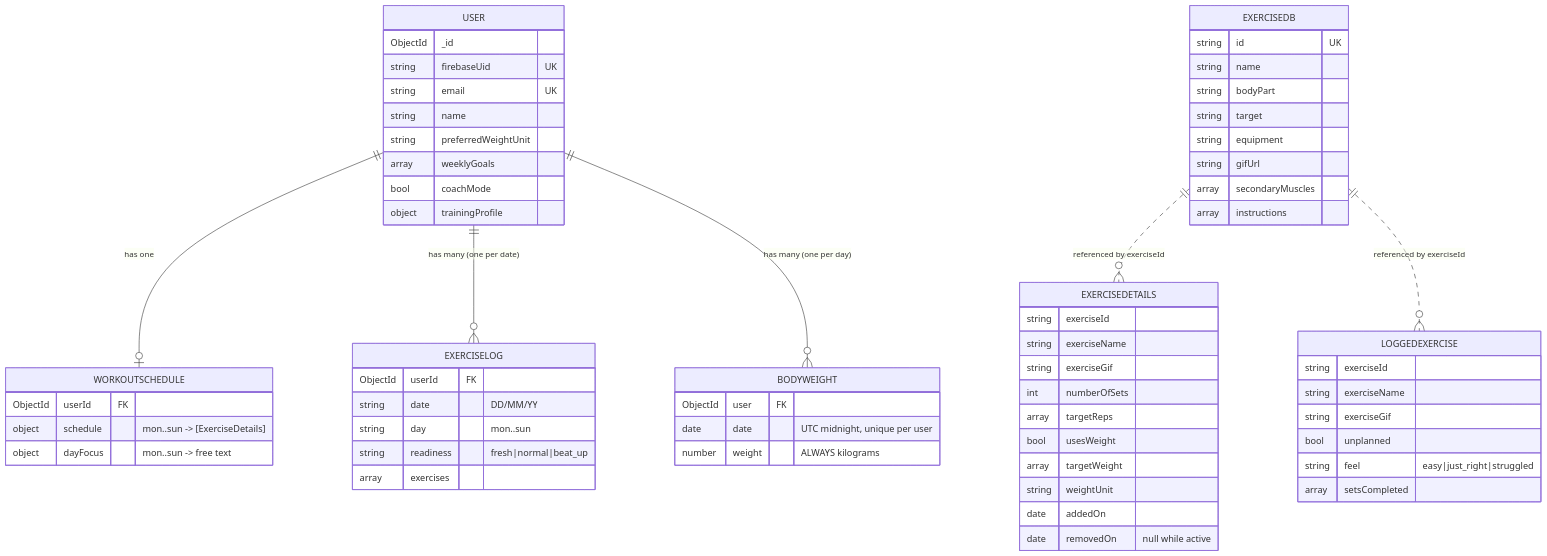
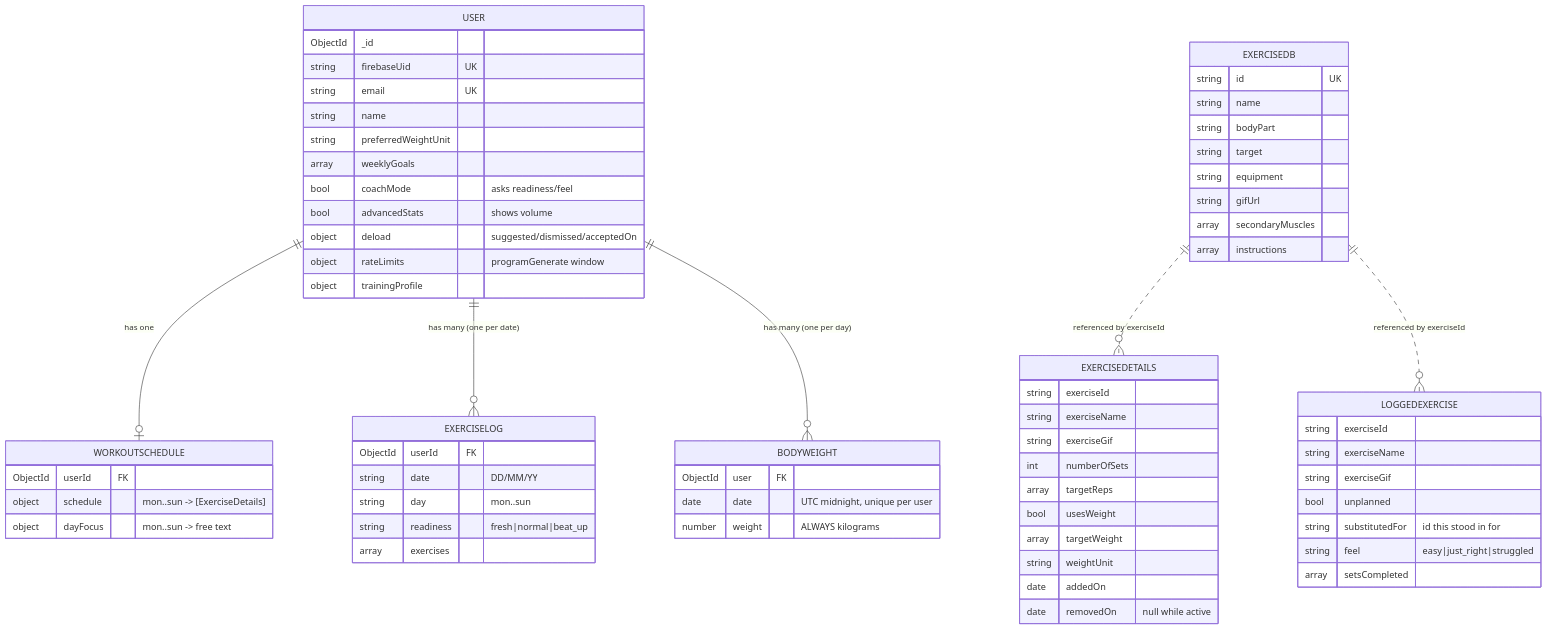
Before and after one commit to Suyogm32/FitVoyage: the third of 11 diagrams in docs/ARCHITECTURE.md, drawn with Mermaid. The commit also changed other lines of this file and 3 other files, not shown here.

````diff
--- a/docs/ARCHITECTURE.md
+++ b/docs/ARCHITECTURE.md
@@ -113,72 +113,76 @@
 ```mermaid
 erDiagram
     USER ||--o| WORKOUTSCHEDULE : "has one"
     USER ||--o{ EXERCISELOG : "has many (one per date)"
     USER ||--o{ BODYWEIGHT : "has many (one per day)"
     EXERCISEDB ||..o{ EXERCISEDETAILS : "referenced by exerciseId"
     EXERCISEDB ||..o{ LOGGEDEXERCISE : "referenced by exerciseId"
 
     USER {
         ObjectId _id
         string firebaseUid UK
         string email UK
         string name
         string preferredWeightUnit
         array weeklyGoals
-        bool coachMode
+        bool coachMode "asks readiness/feel"
+        bool advancedStats "shows volume"
+        object deload "suggested/dismissed/acceptedOn"
+        object rateLimits "programGenerate window"
         object trainingProfile
     }
 
     WORKOUTSCHEDULE {
         ObjectId userId FK
         object schedule "mon..sun -> [ExerciseDetails]"
         object dayFocus "mon..sun -> free text"
     }
 
     EXERCISEDETAILS {
         string exerciseId
         string exerciseName
         string exerciseGif
         int numberOfSets
         array targetReps
         bool usesWeight
         array targetWeight
         string weightUnit
         date addedOn
         date removedOn "null while active"
     }
 
     EXERCISELOG {
         ObjectId userId FK
         string date "DD/MM/YY"
         string day "mon..sun"
         string readiness "fresh|normal|beat_up"
         array exercises
     }
 
     LOGGEDEXERCISE {
         string exerciseId
         string exerciseName
         string exerciseGif
         bool unplanned
+        string substitutedFor "id this stood in for"
         string feel "easy|just_right|struggled"
         array setsCompleted
     }
 
     EXERCISEDB {
         string id UK
         string name
         string bodyPart
         string target
         string equipment
         string gifUrl
         array secondaryMuscles
         array instructions
     }
 
     BODYWEIGHT {
         ObjectId user FK
         date date "UTC midnight, unique per user"
         number weight "ALWAYS kilograms"
     }
 ```
````
